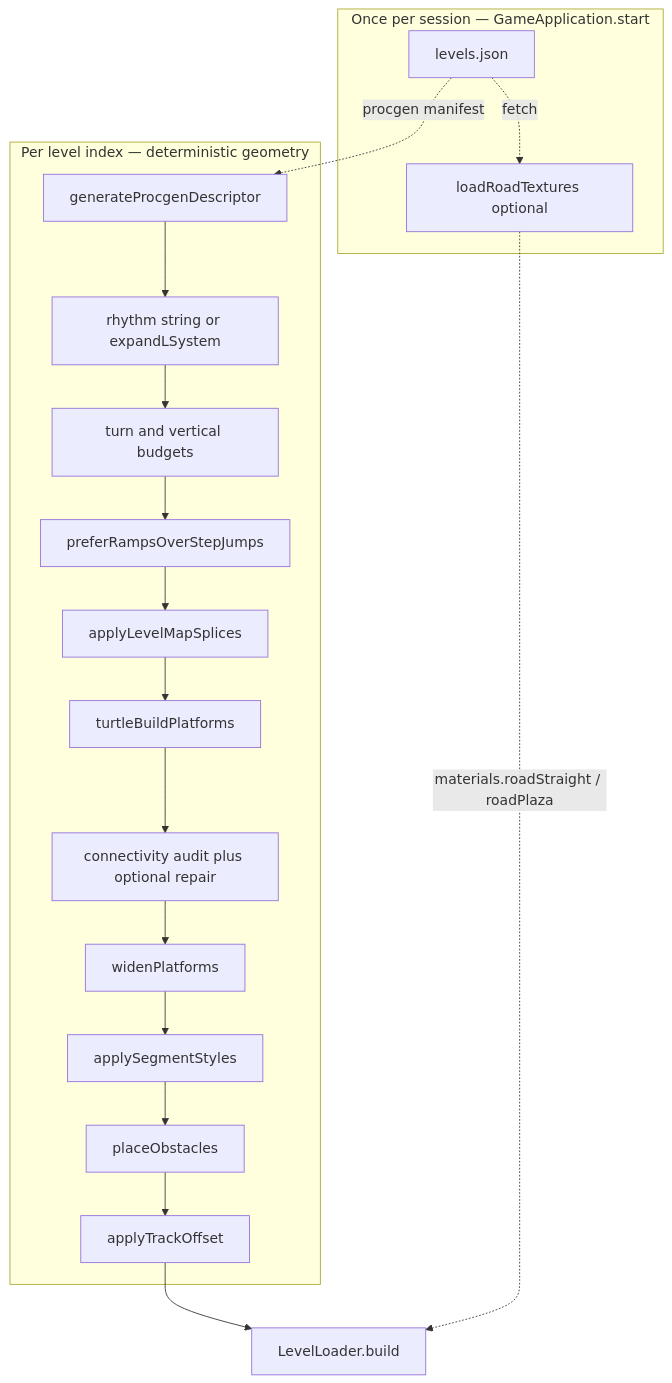
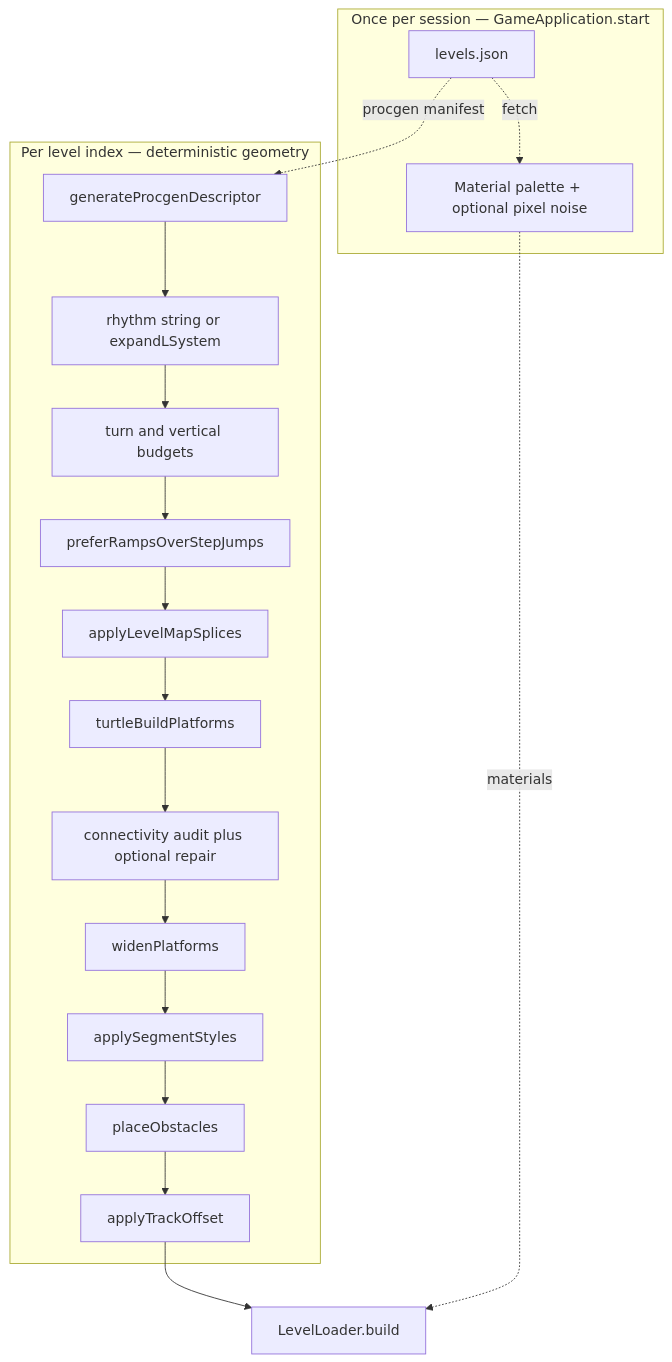
Before and after one commit to smartorana-augeo/marble_roll: the first of 2 diagrams in gen/docs/PROCEDURAL_L_SYSTEM_LEVELS.md, drawn with Mermaid. The commit also changed other lines of this file and 191 other files, not shown here.

````diff
--- a/gen/docs/PROCEDURAL_L_SYSTEM_LEVELS.md
+++ b/gen/docs/PROCEDURAL_L_SYSTEM_LEVELS.md
@@ -23,35 +23,35 @@
 ```mermaid
 flowchart TB
   subgraph boot [Once per session — GameApplication.start]
     manifest[levels.json]
-    roadTex[loadRoadTextures optional]
-    manifest -.->|fetch| roadTex
+    palette[Material palette + optional pixel noise]
+    manifest -.->|fetch| palette
   end
   subgraph procgen [Per level index — deterministic geometry]
     gen[generateProcgenDescriptor]
     expand[rhythm string or expandLSystem]
     budgets[turn and vertical budgets]
     ramps[preferRampsOverStepJumps]
     splices[applyLevelMapSplices]
     turtle[turtleBuildPlatforms]
     audit[connectivity audit plus optional repair]
     widen[widenPlatforms]
     styles[applySegmentStyles]
     obstacles[placeObstacles]
     offset[applyTrackOffset]
     gen --> expand
     expand --> budgets
     budgets --> ramps
     ramps --> splices
     splices --> turtle
     turtle --> audit
     audit --> widen
     widen --> styles
     styles --> obstacles
     obstacles --> offset
   end
   loader[LevelLoader.build]
   manifest -.->|procgen manifest| gen
   offset --> loader
-  roadTex -.->|materials.roadStraight / roadPlaza| loader
+  palette -.->|materials| loader
 ```
````
